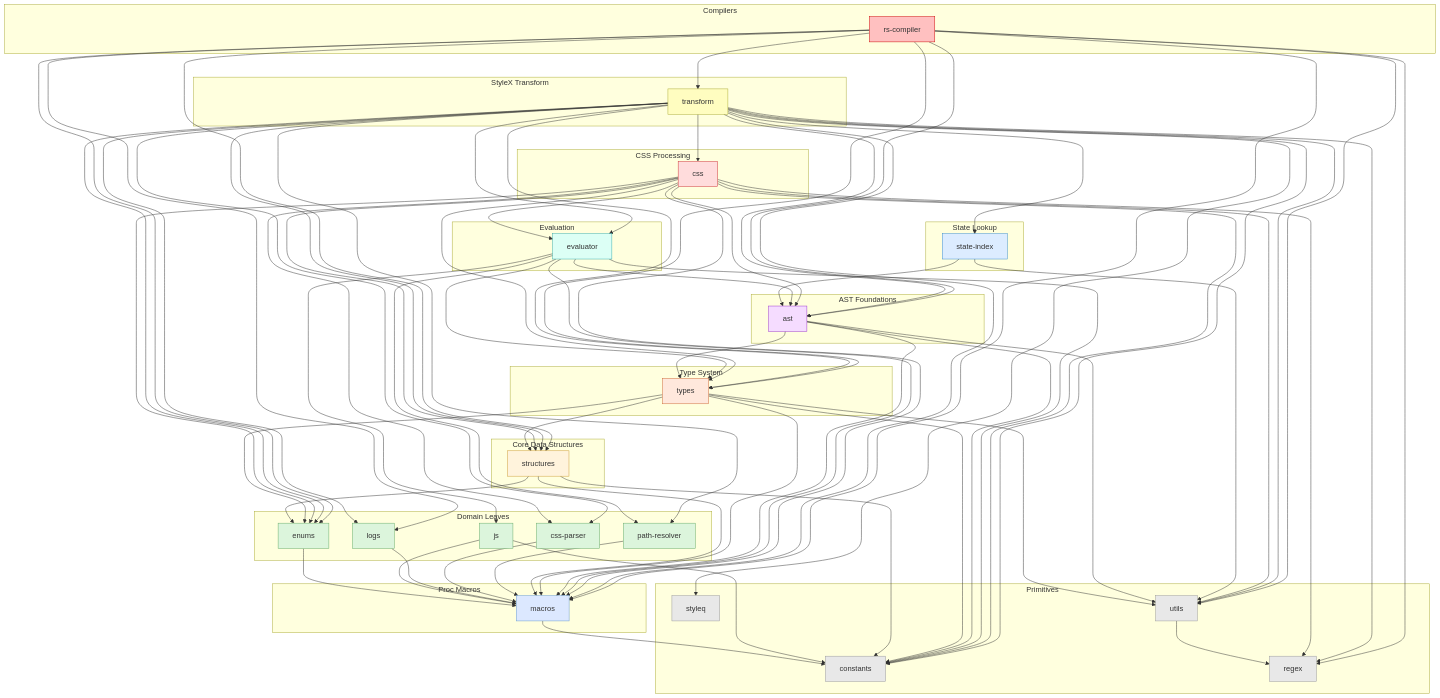
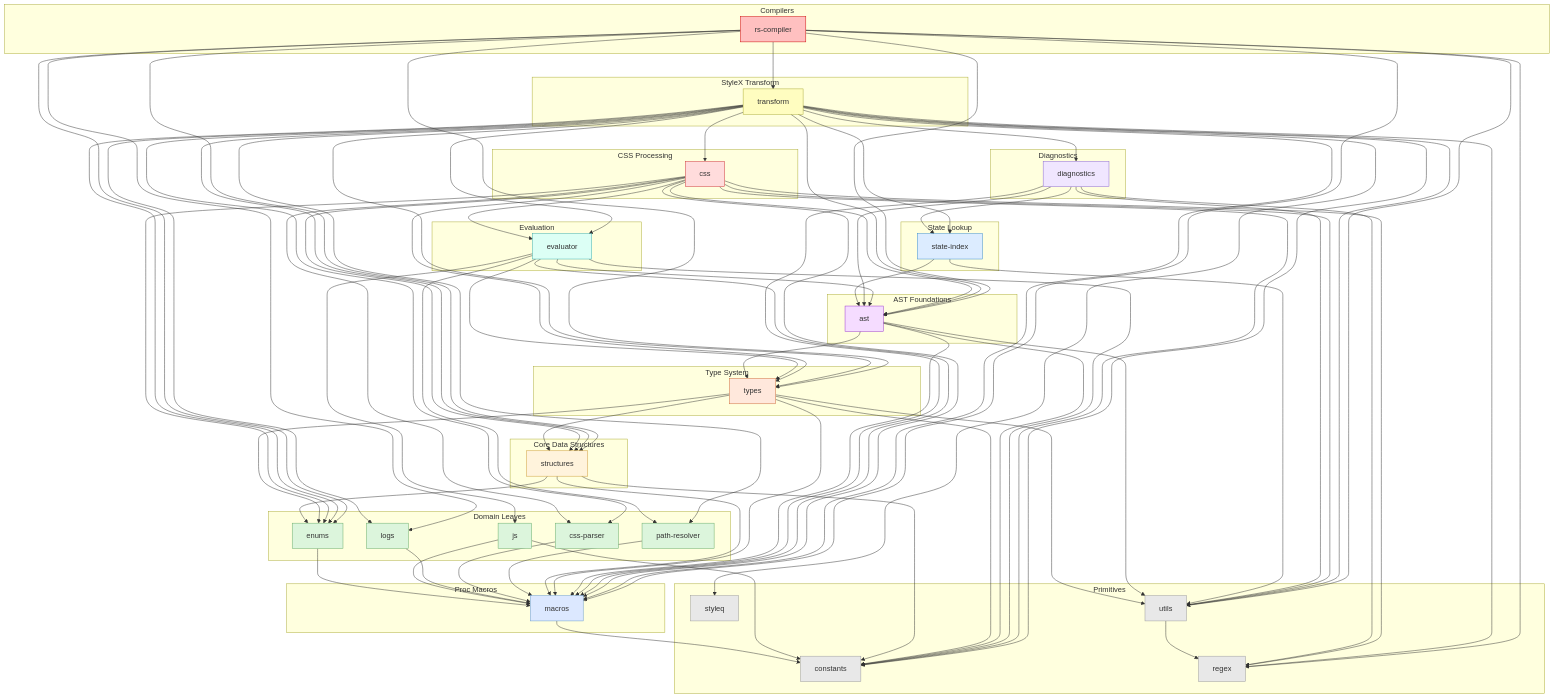
One commit to Dwlad90/stylex-swc-plugin changed the diagram in crates/stylex-ast/README.md. Above: the diagram before and after it, drawn with Mermaid. The commit also changed 60 other files, not shown here.

First line of the commit message:
refactor(stylex_diagnostics): extract error presentation into its own crate

````diff
--- a/crates/stylex-ast/README.md
+++ b/crates/stylex-ast/README.md
@@ -82,19 +82,23 @@
     stylex_state_index["state-index"]
   end
 
-  subgraph L7["Evaluation"]
+  subgraph L7["Diagnostics"]
+    stylex_diagnostics["diagnostics"]
+  end
+
+  subgraph L8["Evaluation"]
     stylex_evaluator["evaluator"]
   end
 
-  subgraph L8["CSS Processing"]
+  subgraph L9["CSS Processing"]
     stylex_css["css"]
   end
 
-  subgraph L9["StyleX Transform"]
+  subgraph L10["StyleX Transform"]
     stylex_transform["transform"]
   end
 
-  subgraph L10["Compilers"]
+  subgraph L11["Compilers"]
     stylex_compiler_rs["rs-compiler"]
   end
 
@@ -127,6 +131,12 @@
   stylex_state_index   --> stylex_ast
   stylex_state_index   --> stylex_utils
 
+  stylex_diagnostics   --> stylex_ast
+  stylex_diagnostics   --> stylex_macros
+  stylex_diagnostics   --> stylex_regex
+  stylex_diagnostics   --> stylex_state_index
+  stylex_diagnostics   --> stylex_utils
+
   stylex_evaluator     --> stylex_ast
   stylex_evaluator     --> stylex_constants
   stylex_evaluator     --> stylex_js
@@ -149,6 +159,7 @@
   stylex_transform     --> stylex_constants
   stylex_transform     --> stylex_css
   stylex_transform     --> stylex_css_parser
+  stylex_transform     --> stylex_diagnostics
   stylex_transform     --> stylex_enums
   stylex_transform     --> stylex_evaluator
   stylex_transform     --> stylex_logs
@@ -178,10 +189,11 @@
   classDef l4 fill:#ffe8dc,stroke:#cc6633,color:#333
   classDef l5 fill:#f5dcff,stroke:#9933cc,color:#333
   classDef l6 fill:#dcecff,stroke:#3388cc,color:#333
-  classDef l7 fill:#dcfff5,stroke:#33aaaa,color:#333
-  classDef l8 fill:#ffdcdc,stroke:#cc3333,color:#333
-  classDef l9 fill:#fffdc0,stroke:#aaaa33,color:#333
-  classDef l10 fill:#ffc0c0,stroke:#cc0000,color:#333
+  classDef l7 fill:#f0e6ff,stroke:#8866cc,color:#333
+  classDef l8 fill:#dcfff5,stroke:#33aaaa,color:#333
+  classDef l9 fill:#ffdcdc,stroke:#cc3333,color:#333
+  classDef l10 fill:#fffdc0,stroke:#aaaa33,color:#333
+  classDef l11 fill:#ffc0c0,stroke:#cc0000,color:#333
 
   class stylex_constants,stylex_regex,stylex_styleq,stylex_utils l0
   class stylex_macros l1
@@ -190,8 +202,9 @@
   class stylex_types l4
   class stylex_ast l5
   class stylex_state_index l6
-  class stylex_evaluator l7
-  class stylex_css l8
-  class stylex_transform l9
-  class stylex_compiler_rs l10
+  class stylex_diagnostics l7
+  class stylex_evaluator l8
+  class stylex_css l9
+  class stylex_transform l10
+  class stylex_compiler_rs l11
 ```
````
